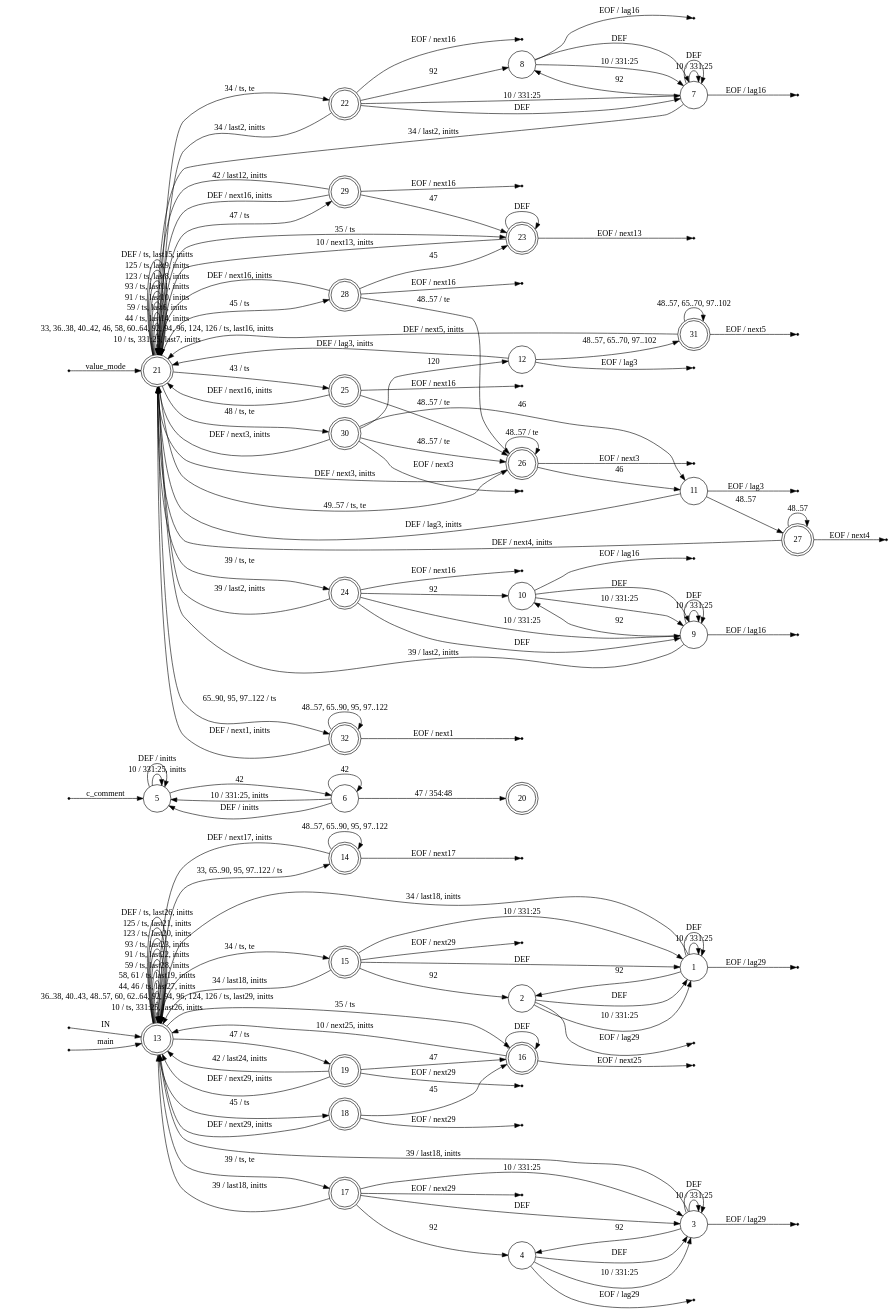
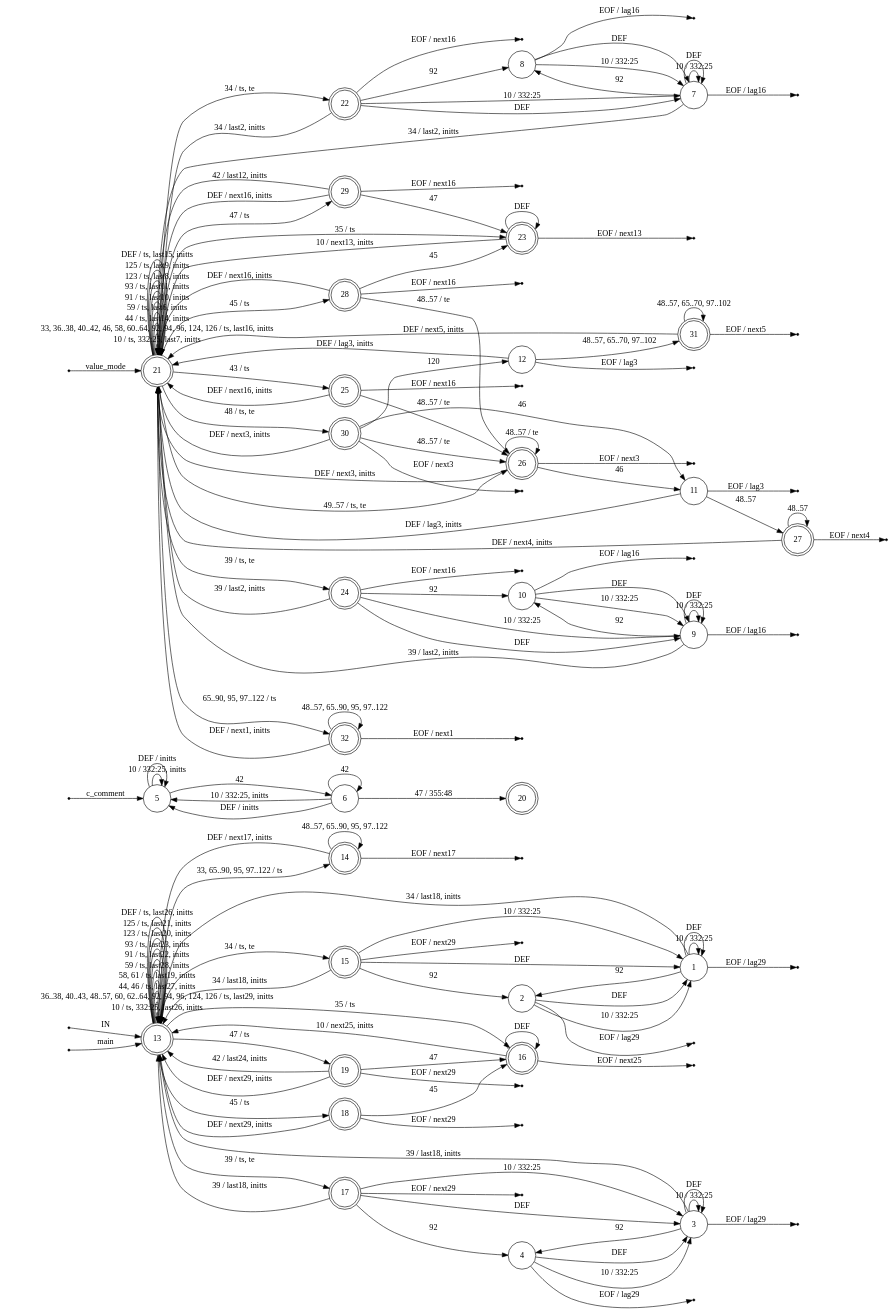
The diagram in acl_parser.dot (eyethereal/go-archercl), drawn with Graphviz before and after one commit. The commit also changed 4 other files, not shown here.

```diff
--- a/acl_parser.dot
+++ b/acl_parser.dot
@@ -55,42 +55,42 @@
 	31;
 	32;
 	node [ shape = circle ];
-	1 -> 1 [ label = "10 / 331:25" ];
+	1 -> 1 [ label = "10 / 332:25" ];
 	1 -> 13 [ label = "34 / last18, initts" ];
 	1 -> 2 [ label = "92" ];
 	1 -> 1 [ label = "DEF" ];
-	2 -> 1 [ label = "10 / 331:25" ];
+	2 -> 1 [ label = "10 / 332:25" ];
 	2 -> 1 [ label = "DEF" ];
-	3 -> 3 [ label = "10 / 331:25" ];
+	3 -> 3 [ label = "10 / 332:25" ];
 	3 -> 13 [ label = "39 / last18, initts" ];
 	3 -> 4 [ label = "92" ];
 	3 -> 3 [ label = "DEF" ];
-	4 -> 3 [ label = "10 / 331:25" ];
+	4 -> 3 [ label = "10 / 332:25" ];
 	4 -> 3 [ label = "DEF" ];
-	5 -> 5 [ label = "10 / 331:25, initts" ];
+	5 -> 5 [ label = "10 / 332:25, initts" ];
 	5 -> 6 [ label = "42" ];
 	5 -> 5 [ label = "DEF / initts" ];
-	6 -> 5 [ label = "10 / 331:25, initts" ];
+	6 -> 5 [ label = "10 / 332:25, initts" ];
 	6 -> 6 [ label = "42" ];
-	6 -> 20 [ label = "47 / 354:48" ];
+	6 -> 20 [ label = "47 / 355:48" ];
 	6 -> 5 [ label = "DEF / initts" ];
-	7 -> 7 [ label = "10 / 331:25" ];
+	7 -> 7 [ label = "10 / 332:25" ];
 	7 -> 21 [ label = "34 / last2, initts" ];
 	7 -> 8 [ label = "92" ];
 	7 -> 7 [ label = "DEF" ];
-	8 -> 7 [ label = "10 / 331:25" ];
+	8 -> 7 [ label = "10 / 332:25" ];
 	8 -> 7 [ label = "DEF" ];
-	9 -> 9 [ label = "10 / 331:25" ];
+	9 -> 9 [ label = "10 / 332:25" ];
 	9 -> 21 [ label = "39 / last2, initts" ];
 	9 -> 10 [ label = "92" ];
 	9 -> 9 [ label = "DEF" ];
-	10 -> 9 [ label = "10 / 331:25" ];
+	10 -> 9 [ label = "10 / 332:25" ];
 	10 -> 9 [ label = "DEF" ];
 	11 -> 27 [ label = "48..57" ];
 	11 -> 21 [ label = "DEF / lag3, initts" ];
 	12 -> 31 [ label = "48..57, 65..70, 97..102" ];
 	12 -> 21 [ label = "DEF / lag3, initts" ];
-	13 -> 13 [ label = "10 / ts, 331:25, last26, initts" ];
+	13 -> 13 [ label = "10 / ts, 332:25, last26, initts" ];
 	13 -> 14 [ label = "33, 65..90, 95, 97..122 / ts" ];
 	13 -> 15 [ label = "34 / ts, te" ];
 	13 -> 16 [ label = "35 / ts" ];
@@ -108,13 +108,13 @@
 	13 -> 13 [ label = "DEF / ts, last26, initts" ];
 	14 -> 14 [ label = "48..57, 65..90, 95, 97..122" ];
 	14 -> 13 [ label = "DEF / next17, initts" ];
-	15 -> 1 [ label = "10 / 331:25" ];
+	15 -> 1 [ label = "10 / 332:25" ];
 	15 -> 13 [ label = "34 / last18, initts" ];
 	15 -> 2 [ label = "92" ];
 	15 -> 1 [ label = "DEF" ];
 	16 -> 13 [ label = "10 / next25, initts" ];
 	16 -> 16 [ label = "DEF" ];
-	17 -> 3 [ label = "10 / 331:25" ];
+	17 -> 3 [ label = "10 / 332:25" ];
 	17 -> 13 [ label = "39 / last18, initts" ];
 	17 -> 4 [ label = "92" ];
 	17 -> 3 [ label = "DEF" ];
@@ -123,7 +123,7 @@
 	19 -> 13 [ label = "42 / last24, initts" ];
 	19 -> 16 [ label = "47" ];
 	19 -> 13 [ label = "DEF / next29, initts" ];
-	21 -> 21 [ label = "10 / ts, 331:25, last7, initts" ];
+	21 -> 21 [ label = "10 / ts, 332:25, last7, initts" ];
 	21 -> 21 [ label = "33, 36..38, 40..42, 46, 58, 60..64, 92, 94, 96, 124, 126 / ts, last16, initts" ];
 	21 -> 22 [ label = "34 / ts, te" ];
 	21 -> 23 [ label = "35 / ts" ];
@@ -141,13 +141,13 @@
 	21 -> 21 [ label = "123 / ts, last8, initts" ];
 	21 -> 21 [ label = "125 / ts, last9, initts" ];
 	21 -> 21 [ label = "DEF / ts, last15, initts" ];
-	22 -> 7 [ label = "10 / 331:25" ];
+	22 -> 7 [ label = "10 / 332:25" ];
 	22 -> 21 [ label = "34 / last2, initts" ];
 	22 -> 8 [ label = "92" ];
 	22 -> 7 [ label = "DEF" ];
 	23 -> 21 [ label = "10 / next13, initts" ];
 	23 -> 23 [ label = "DEF" ];
-	24 -> 9 [ label = "10 / 331:25" ];
+	24 -> 9 [ label = "10 / 332:25" ];
 	24 -> 21 [ label = "39 / last2, initts" ];
 	24 -> 10 [ label = "92" ];
 	24 -> 9 [ label = "DEF" ];
```
